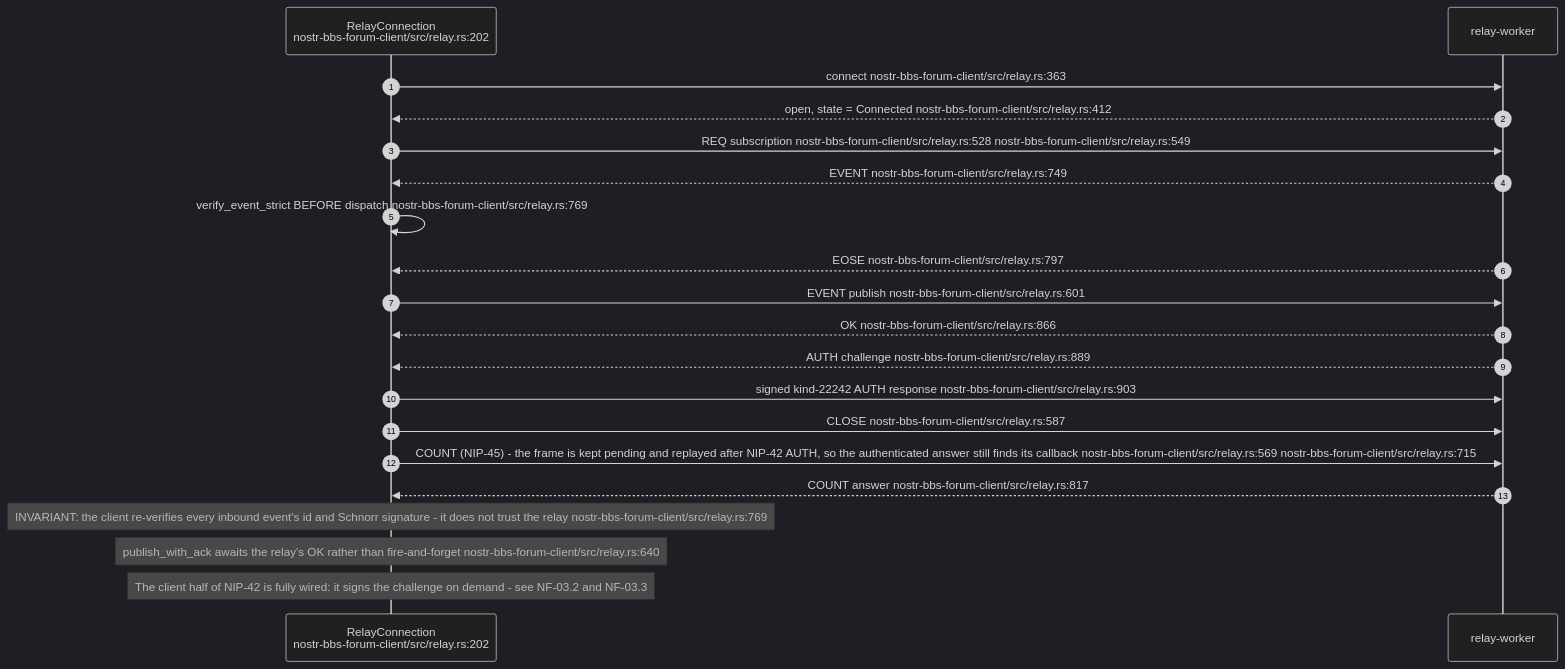
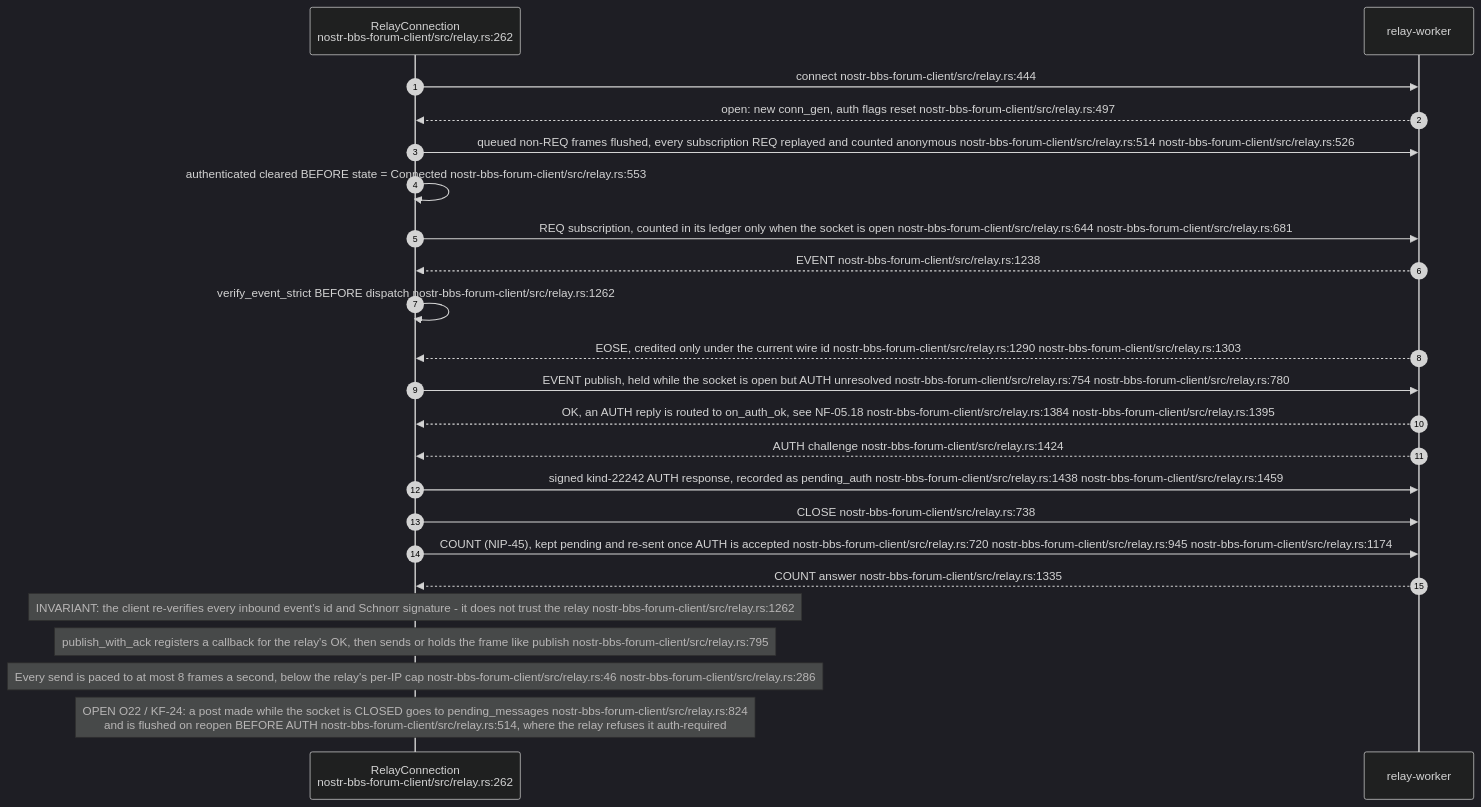
The fifth of 20 diagrams in docs/diagrams/nostr-rust-forum/05-leptos-clients-onboarding-messaging-governance.md (DreamLab-AI/VisionFlow), drawn with Mermaid (dark theme) before and after one commit. The commit also changed other lines of this file, not shown here.

First line of the commit message:
docs(diagrams): re-verify NF-05 at nostr-rust-forum af4f0d5

````diff
--- a/docs/diagrams/nostr-rust-forum/05-leptos-clients-onboarding-messaging-governance.md
+++ b/docs/diagrams/nostr-rust-forum/05-leptos-clients-onboarding-messaging-governance.md
@@ -214,24 +219,27 @@
 ```mermaid
 sequenceDiagram
     autonumber
-    participant C as RelayConnection<br/>nostr-bbs-forum-client/src/relay.rs:202
+    participant C as RelayConnection<br/>nostr-bbs-forum-client/src/relay.rs:262
     participant R as relay-worker
 
-    C->>R: connect nostr-bbs-forum-client/src/relay.rs:363
-    R-->>C: open, state = Connected nostr-bbs-forum-client/src/relay.rs:412
-    C->>R: REQ subscription nostr-bbs-forum-client/src/relay.rs:528 nostr-bbs-forum-client/src/relay.rs:549
-    R-->>C: EVENT nostr-bbs-forum-client/src/relay.rs:749
-    C->>C: verify_event_strict BEFORE dispatch nostr-bbs-forum-client/src/relay.rs:769
-    R-->>C: EOSE nostr-bbs-forum-client/src/relay.rs:797
-    C->>R: EVENT publish nostr-bbs-forum-client/src/relay.rs:601
-    R-->>C: OK nostr-bbs-forum-client/src/relay.rs:866
-    R-->>C: AUTH challenge nostr-bbs-forum-client/src/relay.rs:889
-    C->>R: signed kind-22242 AUTH response nostr-bbs-forum-client/src/relay.rs:903
-    C->>R: CLOSE nostr-bbs-forum-client/src/relay.rs:587
-    C->>R: COUNT (NIP-45) - the frame is kept pending and replayed after NIP-42 AUTH, so the authenticated answer still finds its callback nostr-bbs-forum-client/src/relay.rs:569 nostr-bbs-forum-client/src/relay.rs:715
-    R-->>C: COUNT answer nostr-bbs-forum-client/src/relay.rs:817
+    C->>R: connect nostr-bbs-forum-client/src/relay.rs:444
+    R-->>C: open: new conn_gen, auth flags reset nostr-bbs-forum-client/src/relay.rs:497
+    C->>R: queued non-REQ frames flushed, every subscription REQ replayed and counted anonymous nostr-bbs-forum-client/src/relay.rs:514 nostr-bbs-forum-client/src/relay.rs:526
+    C->>C: authenticated cleared BEFORE state = Connected nostr-bbs-forum-client/src/relay.rs:553
+    C->>R: REQ subscription, counted in its ledger only when the socket is open nostr-bbs-forum-client/src/relay.rs:644 nostr-bbs-forum-client/src/relay.rs:681
+    R-->>C: EVENT nostr-bbs-forum-client/src/relay.rs:1238
+    C->>C: verify_event_strict BEFORE dispatch nostr-bbs-forum-client/src/relay.rs:1262
+    R-->>C: EOSE, credited only under the current wire id nostr-bbs-forum-client/src/relay.rs:1290 nostr-bbs-forum-client/src/relay.rs:1303
+    C->>R: EVENT publish, held while the socket is open but AUTH unresolved nostr-bbs-forum-client/src/relay.rs:754 nostr-bbs-forum-client/src/relay.rs:780
+    R-->>C: OK, an AUTH reply is routed to on_auth_ok, see NF-05.18 nostr-bbs-forum-client/src/relay.rs:1384 nostr-bbs-forum-client/src/relay.rs:1395
+    R-->>C: AUTH challenge nostr-bbs-forum-client/src/relay.rs:1424
+    C->>R: signed kind-22242 AUTH response, recorded as pending_auth nostr-bbs-forum-client/src/relay.rs:1438 nostr-bbs-forum-client/src/relay.rs:1459
+    C->>R: CLOSE nostr-bbs-forum-client/src/relay.rs:738
+    C->>R: COUNT (NIP-45), kept pending and re-sent once AUTH is accepted nostr-bbs-forum-client/src/relay.rs:720 nostr-bbs-forum-client/src/relay.rs:945 nostr-bbs-forum-client/src/relay.rs:1174
+    R-->>C: COUNT answer nostr-bbs-forum-client/src/relay.rs:1335
 
-    Note over C: INVARIANT: the client re-verifies every inbound event's id and Schnorr signature - it does not trust the relay nostr-bbs-forum-client/src/relay.rs:769
-    Note over C: publish_with_ack awaits the relay's OK rather than fire-and-forget nostr-bbs-forum-client/src/relay.rs:640
-    Note over C: The client half of NIP-42 is fully wired: it signs the challenge on demand - see NF-03.2 and NF-03.3
+    Note over C: INVARIANT: the client re-verifies every inbound event's id and Schnorr signature - it does not trust the relay nostr-bbs-forum-client/src/relay.rs:1262
+    Note over C: publish_with_ack registers a callback for the relay's OK, then sends or holds the frame like publish nostr-bbs-forum-client/src/relay.rs:795
+    Note over C: Every send is paced to at most 8 frames a second, below the relay's per-IP cap nostr-bbs-forum-client/src/relay.rs:46 nostr-bbs-forum-client/src/relay.rs:286
+    Note over C: OPEN O22 / KF-24: a post made while the socket is CLOSED goes to pending_messages nostr-bbs-forum-client/src/relay.rs:824<br/>and is flushed on reopen BEFORE AUTH nostr-bbs-forum-client/src/relay.rs:514, where the relay refuses it auth-required
 ```
````
